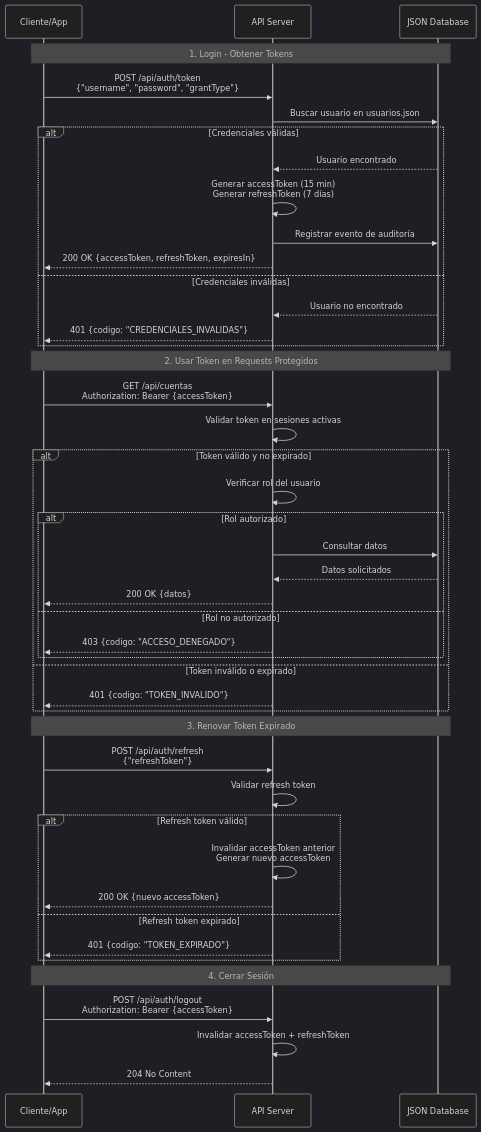
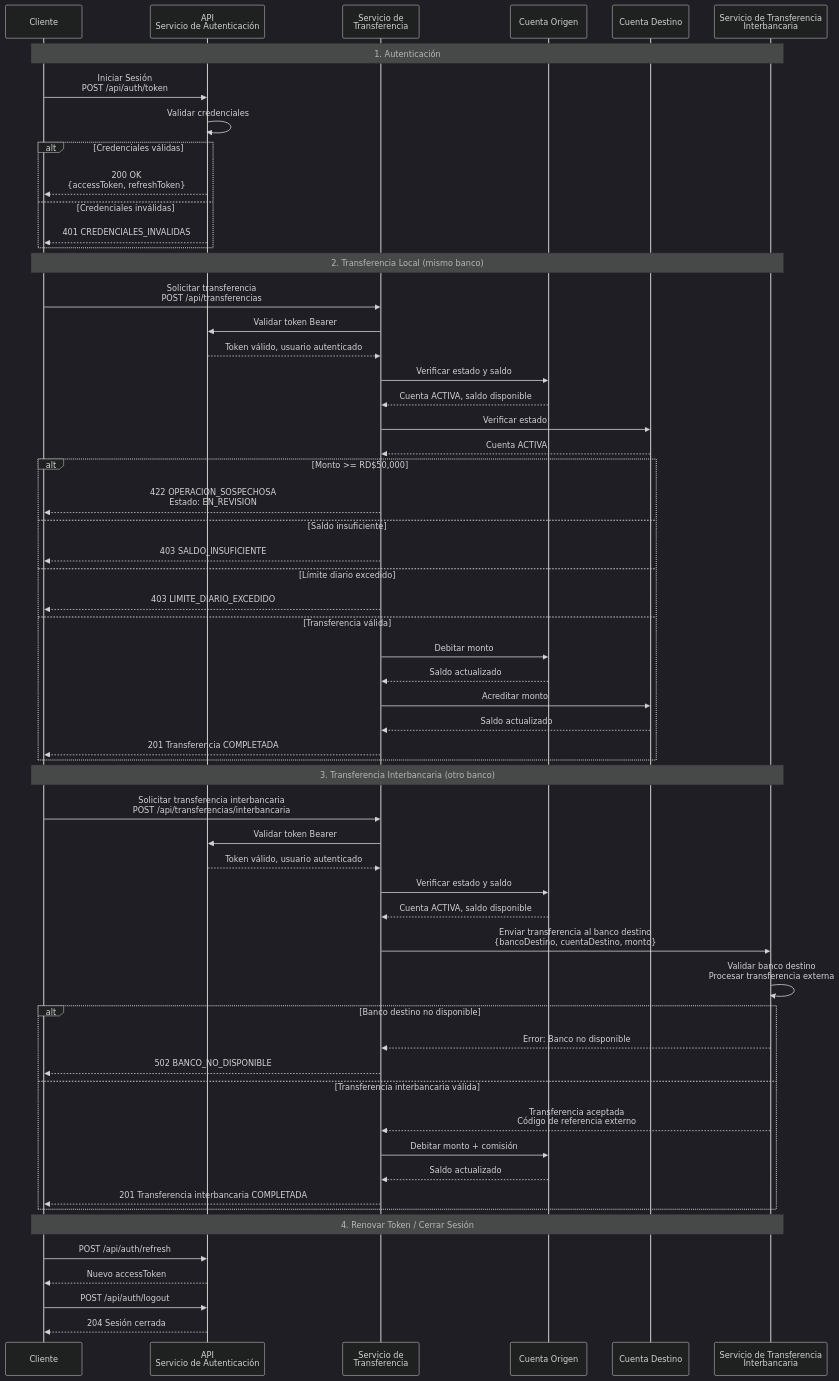
One commit to JMarcosz/NetBanking-UNICDA changed the first of 2 diagrams in explicacion/flujo_autenticacion_y_roles.md. Above: the diagram before and after it, drawn with Mermaid (dark theme). The commit also changed other lines of this file and 3 other files, not shown here.

Commit message:
Actualizacion de documentacion y diagrama de flujo

````diff
--- a/explicacion/flujo_autenticacion_y_roles.md
+++ b/explicacion/flujo_autenticacion_y_roles.md
@@ -5,50 +5,75 @@
 ```mermaid
 sequenceDiagram
-    participant C as Cliente/App
-    participant API as API Server
-    participant DB as JSON Database
+    participant CL as Cliente
+    participant AUTH as API<br/>Servicio de Autenticación
+    participant ST as Servicio de<br/>Transferencia
+    participant CO as Cuenta Origen
+    participant CD as Cuenta Destino
+    participant SI as Servicio de Transferencia<br/>Interbancaria
 
-    Note over C,DB: 1. Login - Obtener Tokens
-    C->>API: POST /api/auth/token<br/>{"username", "password", "grantType"}
-    API->>DB: Buscar usuario en usuarios.json
+    Note over CL,SI: 1. Autenticación
+
+    CL->>AUTH: Iniciar Sesión<br/>POST /api/auth/token
+    AUTH->>AUTH: Validar credenciales
     alt Credenciales válidas
-        DB-->>API: Usuario encontrado
-        API->>API: Generar accessToken (15 min)<br/>Generar refreshToken (7 días)
-        API->>DB: Registrar evento de auditoría
-        API-->>C: 200 OK {accessToken, refreshToken, expiresIn}
+        AUTH-->>CL: 200 OK<br/>{accessToken, refreshToken}
     else Credenciales inválidas
-        DB-->>API: Usuario no encontrado
-        API-->>C: 401 {codigo: "CREDENCIALES_INVALIDAS"}
+        AUTH-->>CL: 401 CREDENCIALES_INVALIDAS
     end
 
-    Note over C,DB: 2. Usar Token en Requests Protegidos
-    C->>API: GET /api/cuentas<br/>Authorization: Bearer {accessToken}
-    API->>API: Validar token en sesiones activas
-    alt Token válido y no expirado
-        API->>API: Verificar rol del usuario
-        alt Rol autorizado
-            API->>DB: Consultar datos
-            DB-->>API: Datos solicitados
-            API-->>C: 200 OK {datos}
-        else Rol no autorizado
-            API-->>C: 403 {codigo: "ACCESO_DENEGADO"}
-        end
-    else Token inválido o expirado
-        API-->>C: 401 {codigo: "TOKEN_INVALIDO"}
+    Note over CL,SI: 2. Transferencia Local (mismo banco)
+
+    CL->>ST: Solicitar transferencia<br/>POST /api/transferencias
+    ST->>AUTH: Validar token Bearer
+    AUTH-->>ST: Token válido, usuario autenticado
+
+    ST->>CO: Verificar estado y saldo
+    CO-->>ST: Cuenta ACTIVA, saldo disponible
+
+    ST->>CD: Verificar estado
+    CD-->>ST: Cuenta ACTIVA
+
+    alt Monto >= RD$50,000
+        ST-->>CL: 422 OPERACION_SOSPECHOSA<br/>Estado: EN_REVISION
+    else Saldo insuficiente
+        ST-->>CL: 403 SALDO_INSUFICIENTE
+    else Límite diario excedido
+        ST-->>CL: 403 LIMITE_DIARIO_EXCEDIDO
+    else Transferencia válida
+        ST->>CO: Debitar monto
+        CO-->>ST: Saldo actualizado
+        ST->>CD: Acreditar monto
+        CD-->>ST: Saldo actualizado
+        ST-->>CL: 201 Transferencia COMPLETADA
     end
 
-    Note over C,DB: 3. Renovar Token Expirado
-    C->>API: POST /api/auth/refresh<br/>{"refreshToken"}
-    API->>API: Validar refresh token
-    alt Refresh token válido
-        API->>API: Invalidar accessToken anterior<br/>Generar nuevo accessToken
-        API-->>C: 200 OK {nuevo accessToken}
-    else Refresh token expirado
-        API-->>C: 401 {codigo: "TOKEN_EXPIRADO"}
+    Note over CL,SI: 3. Transferencia Interbancaria (otro banco)
+
+    CL->>ST: Solicitar transferencia interbancaria<br/>POST /api/transferencias/interbancaria
+    ST->>AUTH: Validar token Bearer
+    AUTH-->>ST: Token válido, usuario autenticado
+
+    ST->>CO: Verificar estado y saldo
+    CO-->>ST: Cuenta ACTIVA, saldo disponible
+
+    ST->>SI: Enviar transferencia al banco destino<br/>{bancoDestino, cuentaDestino, monto}
+    SI->>SI: Validar banco destino<br/>Procesar transferencia externa
+
+    alt Banco destino no disponible
+        SI-->>ST: Error: Banco no disponible
+        ST-->>CL: 502 BANCO_NO_DISPONIBLE
+    else Transferencia interbancaria válida
+        SI-->>ST: Transferencia aceptada<br/>Código de referencia externo
+        ST->>CO: Debitar monto + comisión
+        CO-->>ST: Saldo actualizado
+        ST-->>CL: 201 Transferencia interbancaria COMPLETADA
     end
 
-    Note over C,DB: 4. Cerrar Sesión
-    C->>API: POST /api/auth/logout<br/>Authorization: Bearer {accessToken}
-    API->>API: Invalidar accessToken + refreshToken
-    API-->>C: 204 No Content
+    Note over CL,SI: 4. Renovar Token / Cerrar Sesión
+
+    CL->>AUTH: POST /api/auth/refresh
+    AUTH-->>CL: Nuevo accessToken
+
+    CL->>AUTH: POST /api/auth/logout
+    AUTH-->>CL: 204 Sesión cerrada
 ```
````
